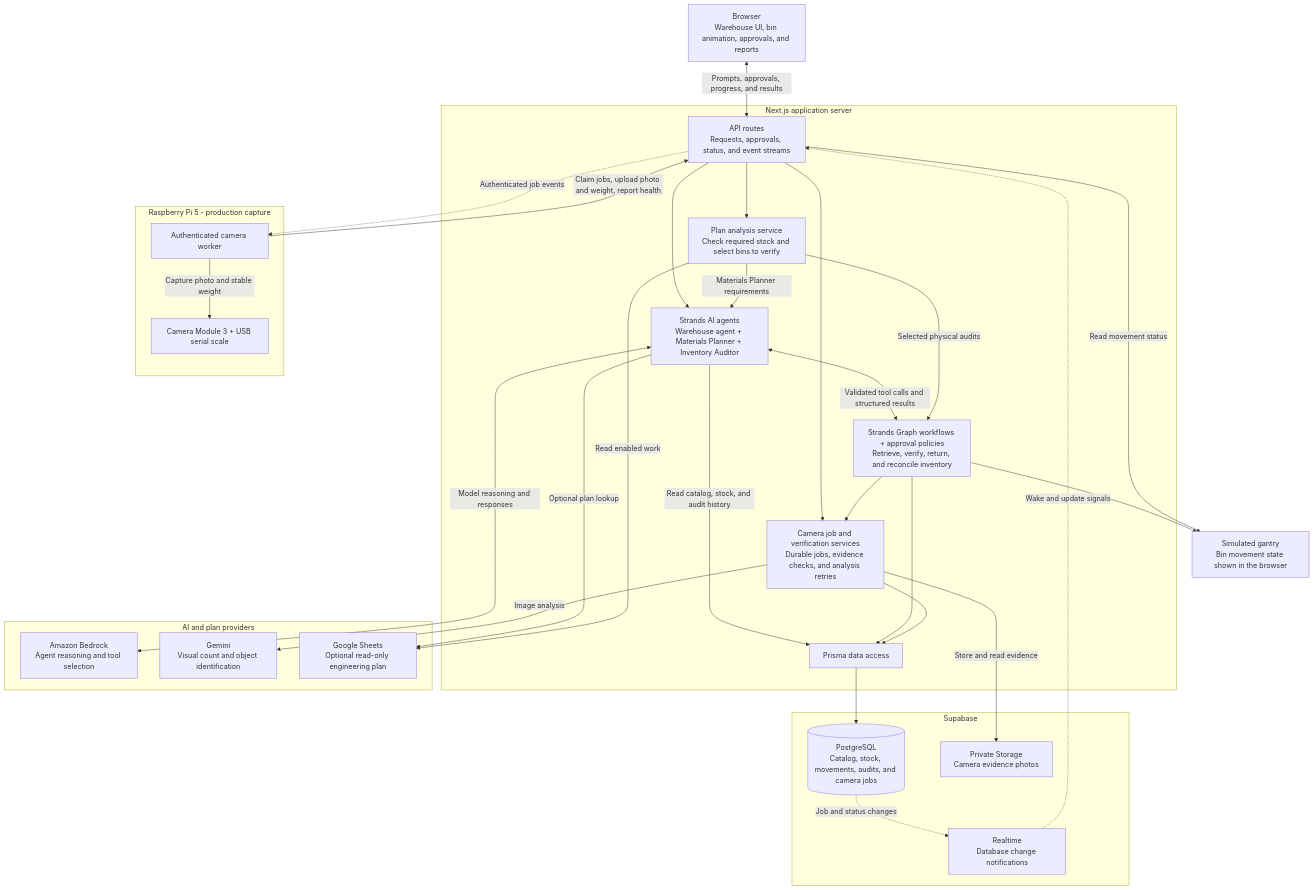
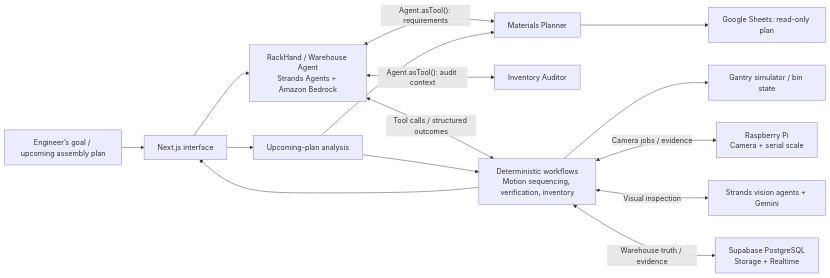
The diagram in README.md (enbotics/rackhand), drawn with Mermaid before and after one commit. The commit also changed other lines of this file and 6 other files, not shown here.

````diff
--- a/README.md
+++ b/README.md
@@ -72,57 +58,17 @@
 ```mermaid
-flowchart TB
-    Browser["Browser<br/>Warehouse UI, bin animation, approvals, and reports"]
-
-    subgraph Server["Next.js application server"]
-        API["API routes<br/>Requests, approvals, status, and event streams"]
-        Agents["Strands AI agents<br/>Warehouse agent + Materials Planner + Inventory Auditor"]
-        Plans["Plan analysis service<br/>Check required stock and select bins to verify"]
-        Workflows["Strands Graph workflows + approval policies<br/>Retrieve, verify, return, and reconcile inventory"]
-        Capture["Camera job and verification services<br/>Durable jobs, evidence checks, and analysis retries"]
-        Prisma["Prisma data access"]
-    end
-
-    subgraph Cloud["AI and plan providers"]
-        Bedrock["Amazon Bedrock<br/>Agent reasoning and tool selection"]
-        Gemini["Gemini<br/>Visual count and object identification"]
-        Sheets["Google Sheets<br/>Optional read-only engineering plan"]
-    end
-
-    subgraph Supabase["Supabase"]
-        DB[("PostgreSQL<br/>Catalog, stock, movements, audits, and camera jobs")]
-        Storage["Private Storage<br/>Camera evidence photos"]
-        Realtime["Realtime<br/>Database change notifications"]
-    end
-
-    subgraph Pi["Raspberry Pi 5 - production capture"]
-        Worker["Authenticated camera worker"]
-        Sensors["Camera Module 3 + USB serial scale"]
-    end
-
-    Gantry["Simulated gantry<br/>Bin movement state shown in the browser"]
-
-    Browser <-->|"Prompts, approvals, progress, and results"| API
-    API --> Agents
-    API --> Plans
-    API --> Capture
-    Agents <-->|"Model reasoning and responses"| Bedrock
-    Agents <-->|"Validated tool calls and structured results"| Workflows
-    Agents -->|"Read catalog, stock, and audit history"| Prisma
-    Agents -->|"Optional plan lookup"| Sheets
-    Plans -->|"Read enabled work"| Sheets
-    Plans -->|"Materials Planner requirements"| Agents
-    Plans -->|"Selected physical audits"| Workflows
-    Workflows --> Gantry
-    Workflows --> Capture
-    Workflows --> Prisma
-    Capture --> Prisma
-    Capture -->|"Image analysis"| Gemini
-    Capture -->|"Store and read evidence"| Storage
-    Prisma --> DB
-    DB -.->|"Job and status changes"| Realtime
-    Realtime -.->|"Wake and update signals"| API
-    API -.->|"Authenticated job events"| Worker
-    Worker -->|"Claim jobs, upload photo and weight, report health"| API
-    Worker -->|"Capture photo and stable weight"| Sensors
-    API -->|"Read movement status"| Gantry
+flowchart LR
+    Engineer["Engineer’s goal / upcoming assembly plan"] --> UI["Next.js interface"]
+    UI --> RackHand["RackHand / Warehouse Agent<br/>Strands Agents + Amazon Bedrock"]
+    RackHand <-->|"Agent.asTool(): requirements"| Planner["Materials Planner"]
+    RackHand <-->|"Agent.asTool(): audit context"| Auditor["Inventory Auditor"]
+    RackHand <-->|"Tool calls / structured outcomes"| Services["Deterministic workflows<br/>Motion sequencing, verification, inventory"]
+    UI --> Plans["Upcoming-plan analysis"]
+    Plans --> Planner
+    Plans --> Services
+    Planner --> Sheets["Google Sheets: read-only plan"]
+    Services --> Gantry["Gantry simulator / bin state"]
+    Services <-->|"Camera jobs / evidence"| Pi["Raspberry Pi<br/>Camera + serial scale"]
+    Services <-->|"Visual inspection"| Vision["Strands vision agents + Gemini"]
+    Services <-->|"Warehouse truth / evidence"| Supabase["Supabase PostgreSQL<br/>Storage + Realtime"]
+    Services --> UI
 ```
````
